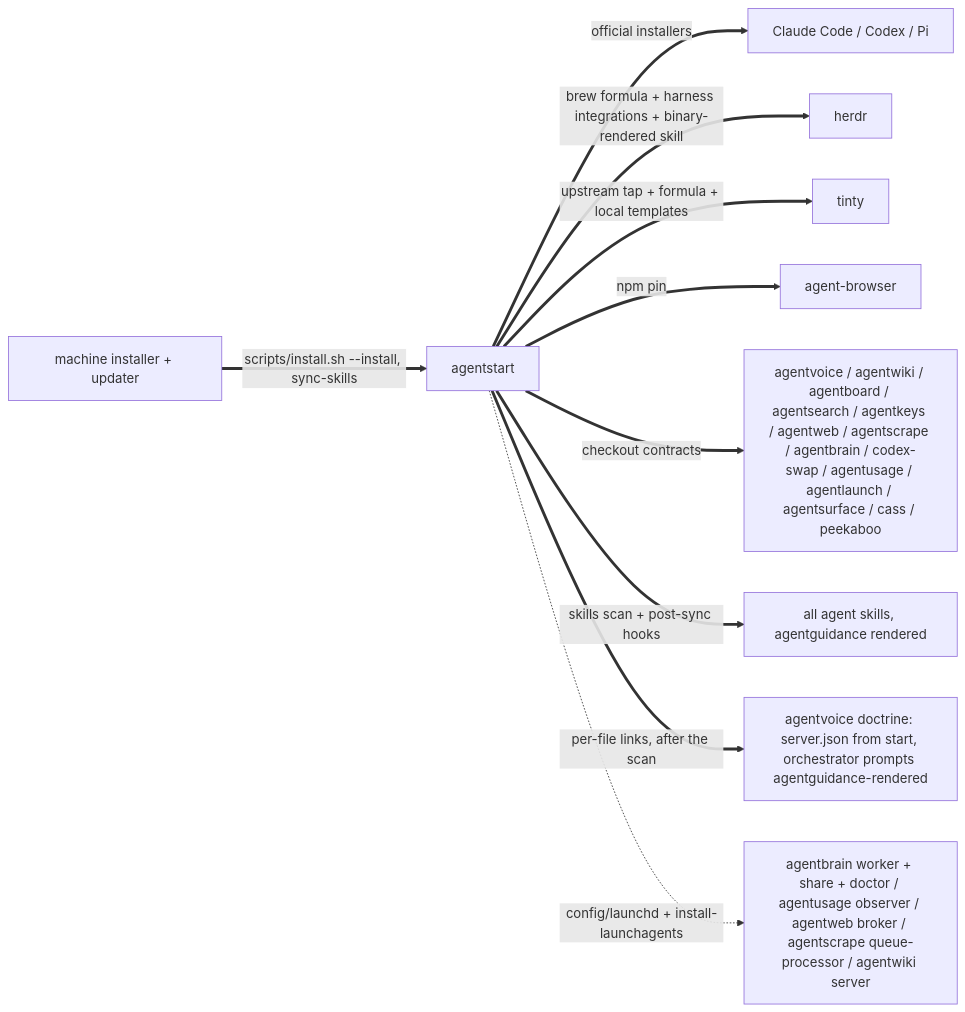
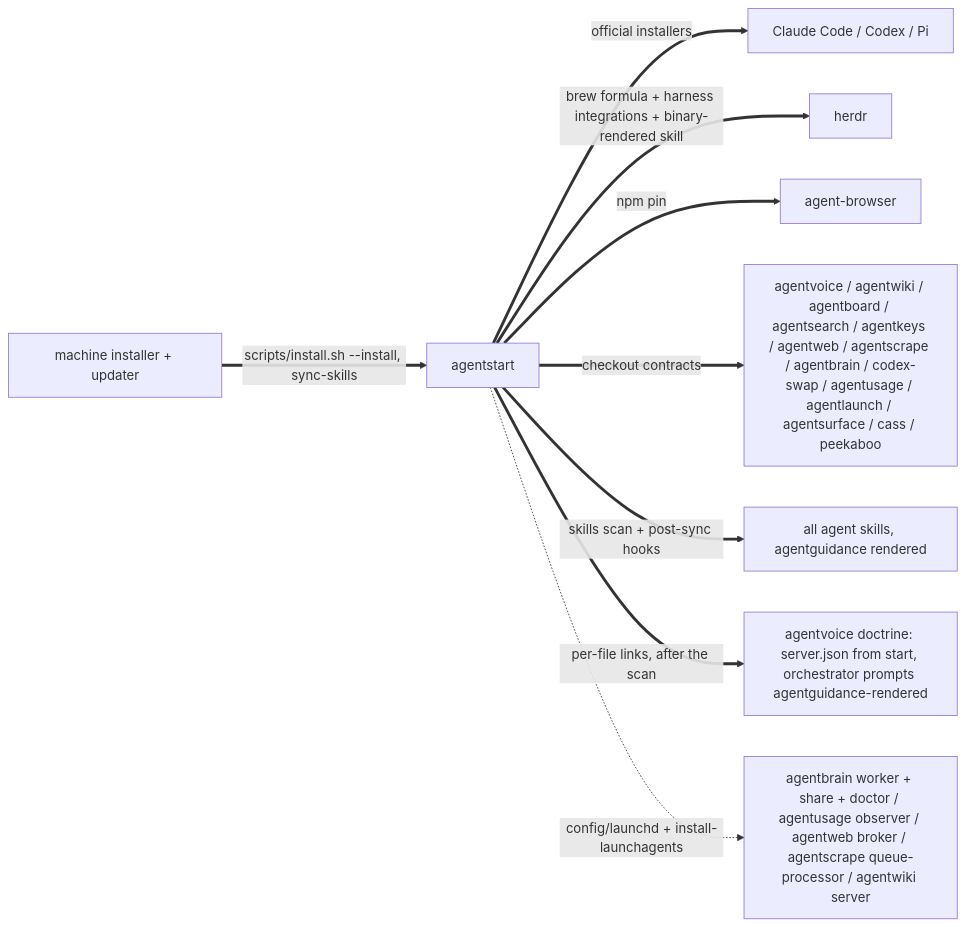
The second of 3 diagrams in skills/fleet/MAP.md (possibilities/agentdots), drawn with Mermaid before and after one commit. The commit also changed other lines of this file and 13 other files, not shown here.

````diff
--- a/skills/fleet/MAP.md
+++ b/skills/fleet/MAP.md
@@ -85,15 +80,14 @@
 ```mermaid
 flowchart LR
     machine[machine installer + updater]
     start[agentstart]
 
     machine ==>|scripts/install.sh --install, sync-skills| start
     start ==>|official installers| harnesses[Claude Code / Codex / Pi]
     start ==>|brew formula + harness integrations + binary-rendered skill| herdrInstall[herdr]
-    start ==>|upstream tap + formula + local templates| tinty[tinty]
     start ==>|npm pin| browser[agent-browser]
     start ==>|checkout contracts| fleet[agentvoice / agentwiki / agentboard / agentsearch / agentkeys / agentweb / agentscrape / agentbrain / codex-swap / agentusage / agentlaunch / agentsurface / cass / peekaboo]
     start ==>|skills scan + post-sync hooks| skills[all agent skills, agentguidance rendered]
     start ==>|per-file links, after the scan| voiceDoctrine[agentvoice doctrine: server.json from start, orchestrator prompts agentguidance-rendered]
     start -.->|config/launchd + install-launchagents| services[agentbrain worker + share + doctor / agentusage observer / agentweb broker / agentscrape queue-processor / agentwiki server]
 ```
````
